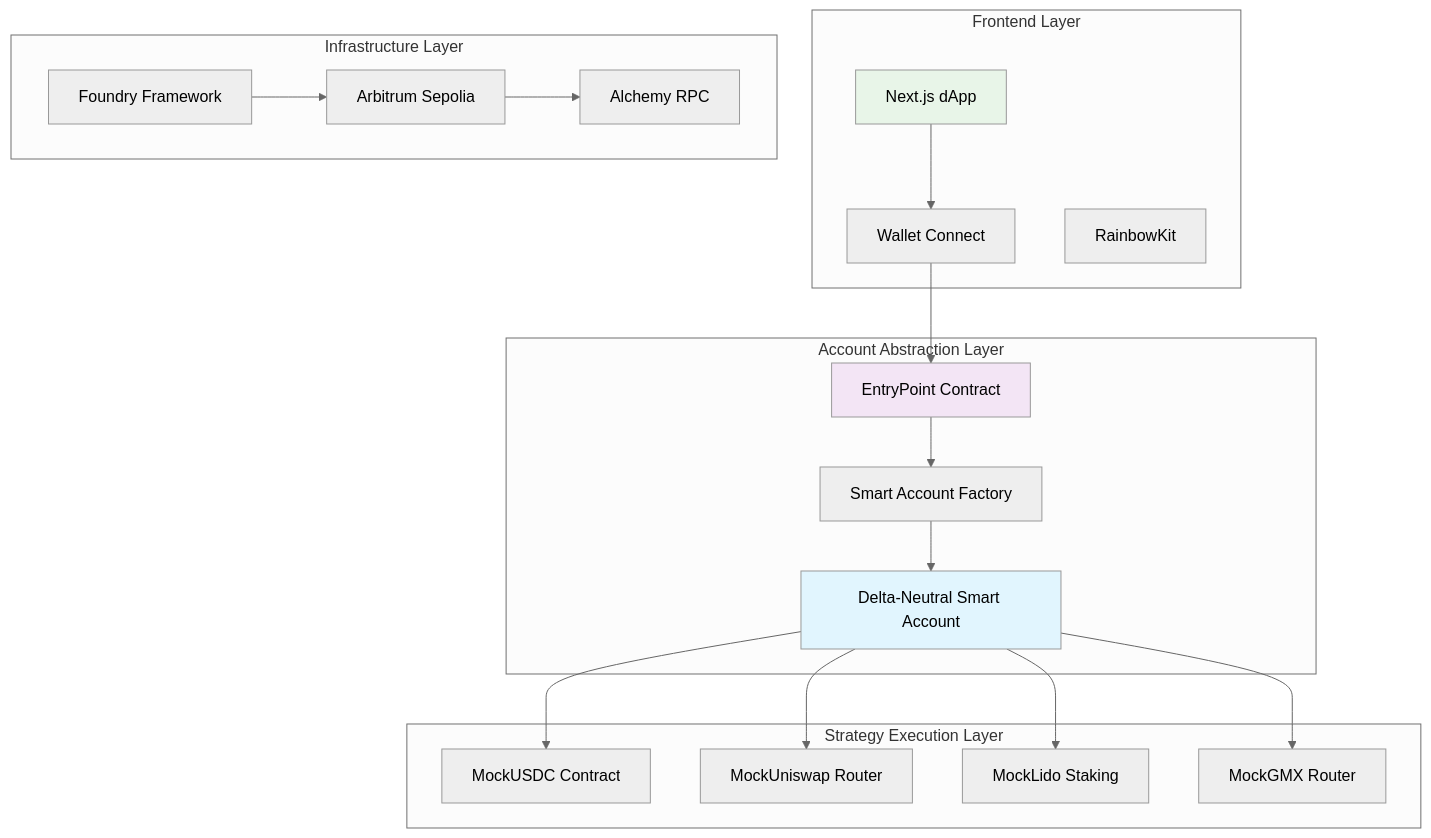
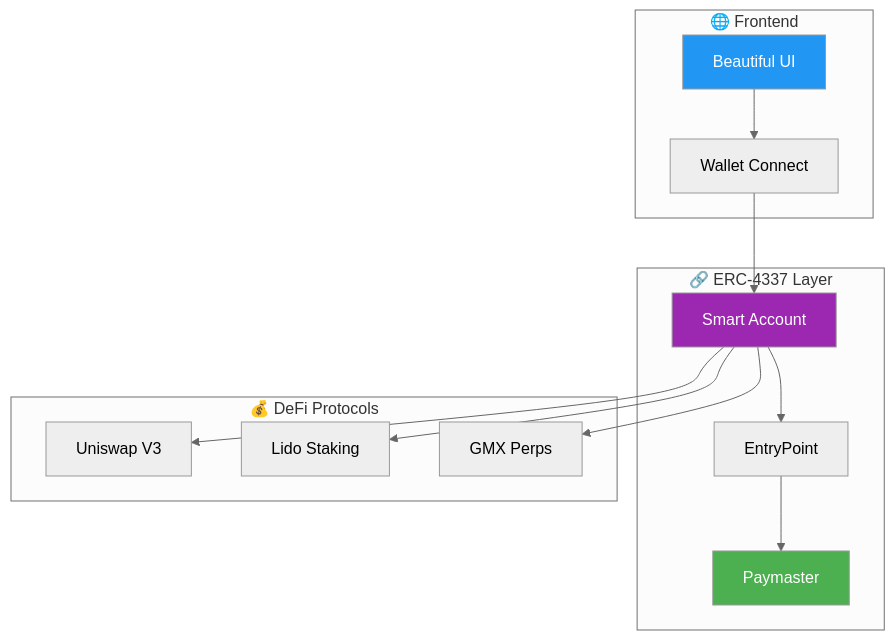
Before and after one commit to groverInnovate/DeltaEase: the second of 5 diagrams in README.md, drawn with Mermaid (neutral theme). The commit also changed other lines of this file, not shown here.

````diff
--- a/README.md
+++ b/README.md
@@ -68,43 +54,31 @@
 ```mermaid
-graph TB
-    subgraph "Frontend Layer"
-        UI[Next.js dApp]
-        WC[Wallet Connect]
-        RK[RainbowKit]
+graph TD
+    subgraph "🌐 Frontend"
+        UI[Beautiful UI]
+        Wallet[Wallet Connect]
     end
     
-    subgraph "Account Abstraction Layer"
-        EP[EntryPoint Contract]
-        SAF[Smart Account Factory]
-        SA[Delta-Neutral Smart Account]
+    subgraph "🔗 ERC-4337 Layer"
+        SA[Smart Account]
+        EP[EntryPoint]
+        PM[Paymaster]
     end
     
-    subgraph "Strategy Execution Layer"
-        USDC[MockUSDC Contract]
-        UNI[MockUniswap Router]
-        LIDO[MockLido Staking]
-        GMX[MockGMX Router]
+    subgraph "💰 DeFi Protocols"
+        UNI[Uniswap V3]
+        LIDO[Lido Staking]
+        GMX[GMX Perps]
     end
     
-    subgraph "Infrastructure Layer"
-        ARB[Arbitrum Sepolia]
-        ALCHEMY[Alchemy RPC]
-        FOUNDRY[Foundry Framework]
-    end
-    
-    UI --> WC
-    WC --> EP
-    EP --> SAF
-    SAF --> SA
-    SA --> USDC
+    UI --> Wallet
+    Wallet --> SA
+    SA --> EP
+    EP --> PM
     SA --> UNI
     SA --> LIDO
     SA --> GMX
     
-    ARB --> ALCHEMY
-    FOUNDRY --> ARB
-    
-    style SA fill:#e1f5fe
-    style EP fill:#f3e5f5
-    style UI fill:#e8f5e8
+    style SA fill:#9c27b0,color:#fff
+    style PM fill:#4caf50,color:#fff
+    style UI fill:#2196f3,color:#fff
 ```
````
